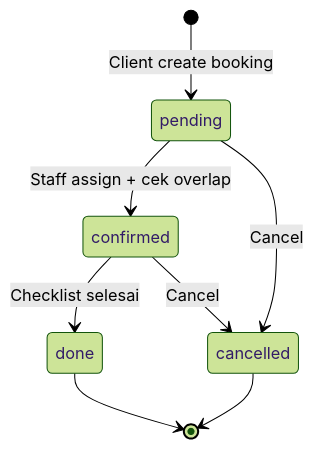
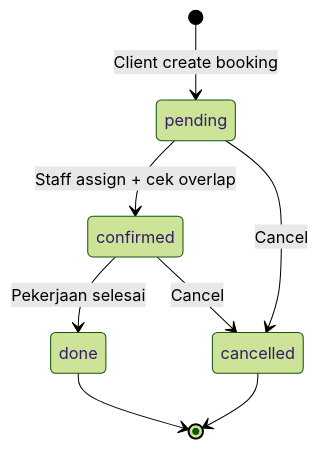
Before and after one commit to AzerothGT/SimpleBookingMUA: the second of 2 diagrams in docs/presentasi-proyek.md, drawn with Mermaid (forest theme). The commit also changed other lines of this file and 30 other files, not shown here.

````diff
--- a/docs/presentasi-proyek.md
+++ b/docs/presentasi-proyek.md
@@ -118,10 +116,10 @@
 ```mermaid
 stateDiagram-v2
     [*] --> pending: Client create booking
     pending --> confirmed: Staff assign + cek overlap
     pending --> cancelled: Cancel
-    confirmed --> done: Checklist selesai
+    confirmed --> done: Pekerjaan selesai
     confirmed --> cancelled: Cancel
     done --> [*]
     cancelled --> [*]
 ```
````
